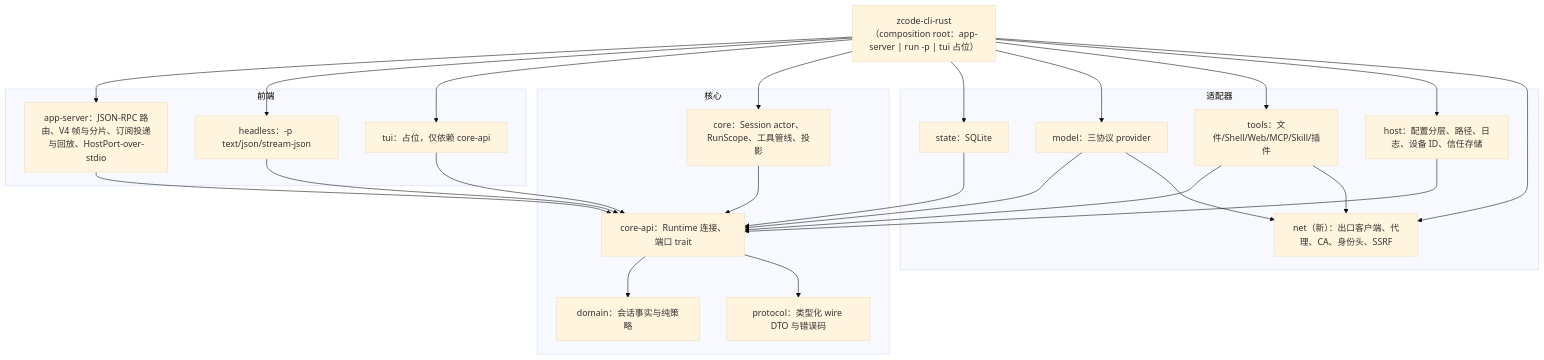
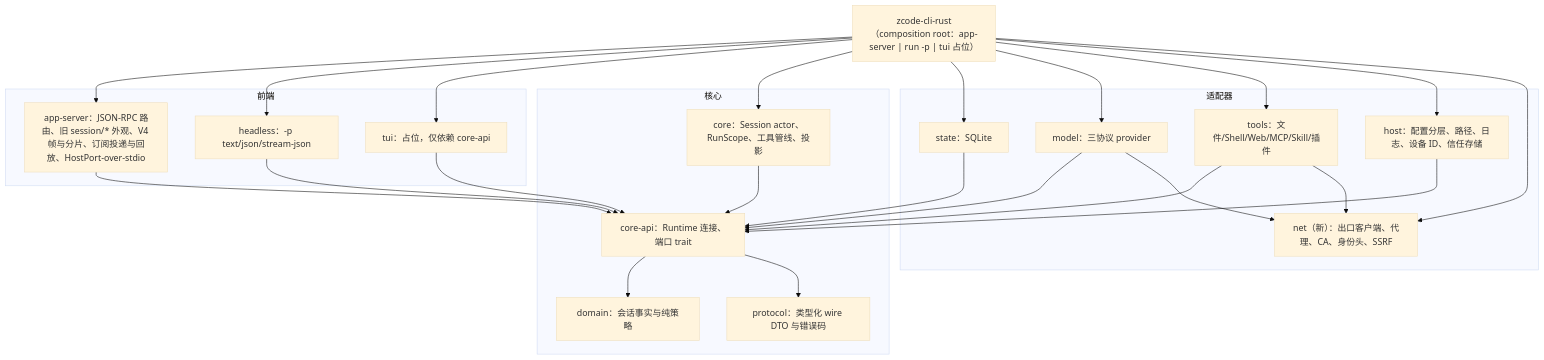
The first of 3 diagrams in docs/specs/rust-p0-p1-architecture.md (MBearo/ZCode-rs), drawn with Mermaid (base theme) before and after one commit. The commit also changed other lines of this file, not shown here.

First line of the commit message:
docs: align rust legacy session surface with node for now

````diff
--- a/docs/specs/rust-p0-p1-architecture.md
+++ b/docs/specs/rust-p0-p1-architecture.md
@@ -48,28 +48,28 @@
 ```mermaid
 flowchart TB
     bin["zcode-cli-rust（composition root：app-server | run -p | tui 占位）"]
     subgraph front["前端"]
-        appsrv["app-server：JSON-RPC 路由、V4 帧与分片、订阅投递与回放、HostPort-over-stdio"]
+        appsrv["app-server：JSON-RPC 路由、旧 session/* 外观、V4 帧与分片、订阅投递与回放、HostPort-over-stdio"]
         headless["headless：-p text/json/stream-json"]
         tui["tui：占位，仅依赖 core-api"]
     end
     subgraph core["核心"]
         coreapi["core-api：Runtime 连接、端口 trait"]
         corec["core：Session actor、RunScope、工具管线、投影"]
         domain["domain：会话事实与纯策略"]
         protocol["protocol：类型化 wire DTO 与错误码"]
     end
     subgraph adapters["适配器"]
         state["state：SQLite"]
         model["model：三协议 provider"]
         tools["tools：文件/Shell/Web/MCP/Skill/插件"]
         host["host：配置分层、路径、日志、设备 ID、信任存储"]
         net["net（新）：出口客户端、代理、CA、身份头、SSRF"]
     end
     bin --> appsrv & headless & tui
     appsrv & headless & tui --> coreapi
     corec --> coreapi --> domain & protocol
     state & model & tools & host --> coreapi
     model & tools --> net
     bin --> corec & state & model & tools & host & net
 ```
````
